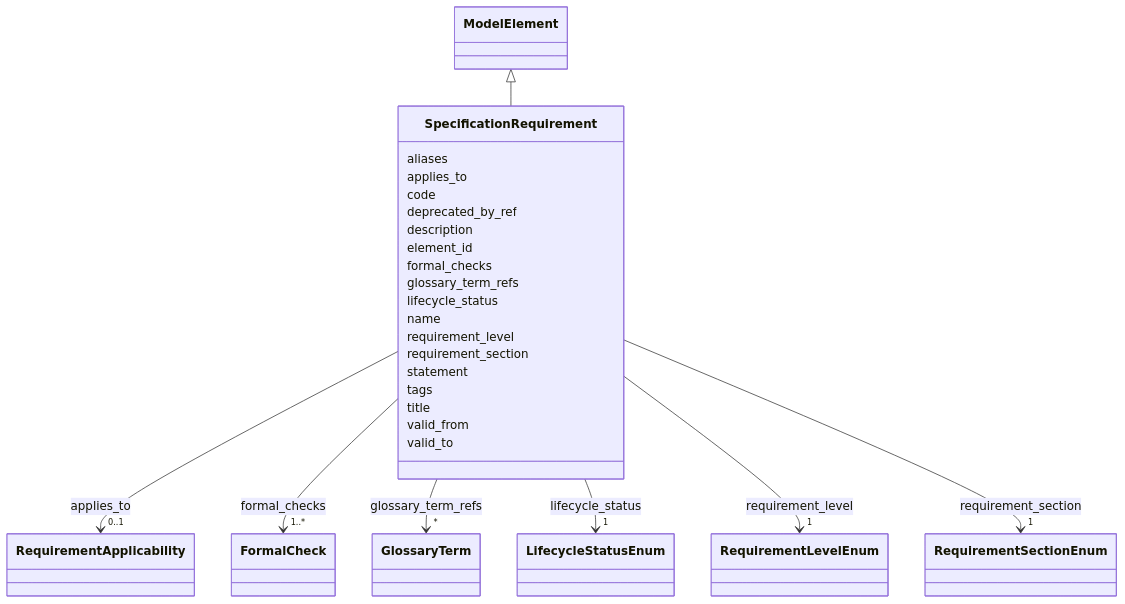
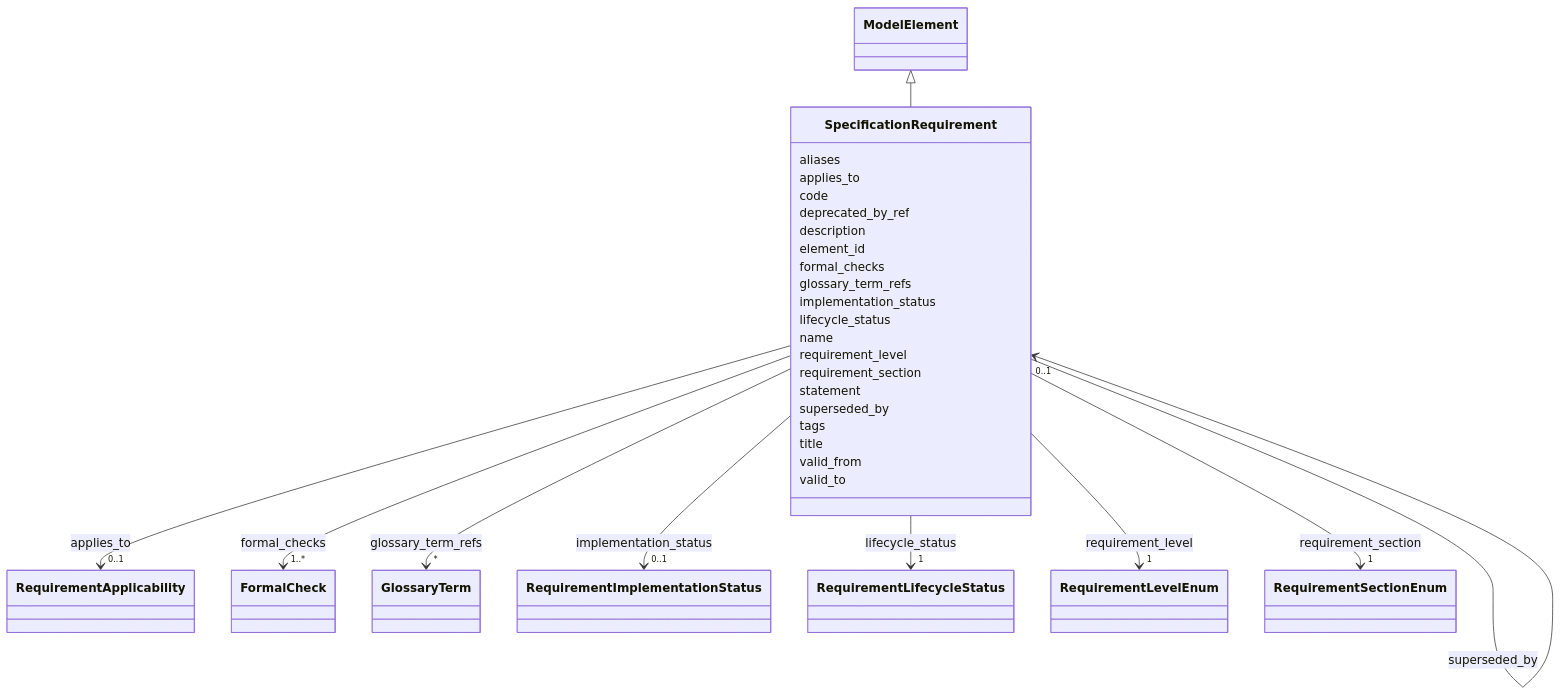
The diagram in generated/artifacts/moex-dams/0.1/diagrams/SpecificationRequirement.md (oista/moex-data-model), drawn with Mermaid before and after one commit. The commit also changed 33 other files, not shown here.

```diff
--- a/generated/artifacts/moex-dams/0.1/diagrams/SpecificationRequirement.md
+++ b/generated/artifacts/moex-dams/0.1/diagrams/SpecificationRequirement.md
@@ -51,14 +51,25 @@
     
 
         
+      SpecificationRequirement : implementation_status
+        
+          
+    
+        
+        
+        SpecificationRequirement --> "0..1" RequirementImplementationStatus : implementation_status
+        click RequirementImplementationStatus href "../RequirementImplementationStatus"
+    
+
+        
       SpecificationRequirement : lifecycle_status
         
           
     
         
         
-        SpecificationRequirement --> "1" LifecycleStatusEnum : lifecycle_status
-        click LifecycleStatusEnum href "../LifecycleStatusEnum"
+        SpecificationRequirement --> "1" RequirementLifecycleStatus : lifecycle_status
+        click RequirementLifecycleStatus href "../RequirementLifecycleStatus"
     
 
         
@@ -88,6 +99,17 @@
         
       SpecificationRequirement : statement
         
+      SpecificationRequirement : superseded_by
+        
+          
+    
+        
+        
+        SpecificationRequirement --> "0..1" SpecificationRequirement : superseded_by
+        click SpecificationRequirement href "../SpecificationRequirement"
+    
+
+        
       SpecificationRequirement : tags
         
       SpecificationRequirement : title
```
